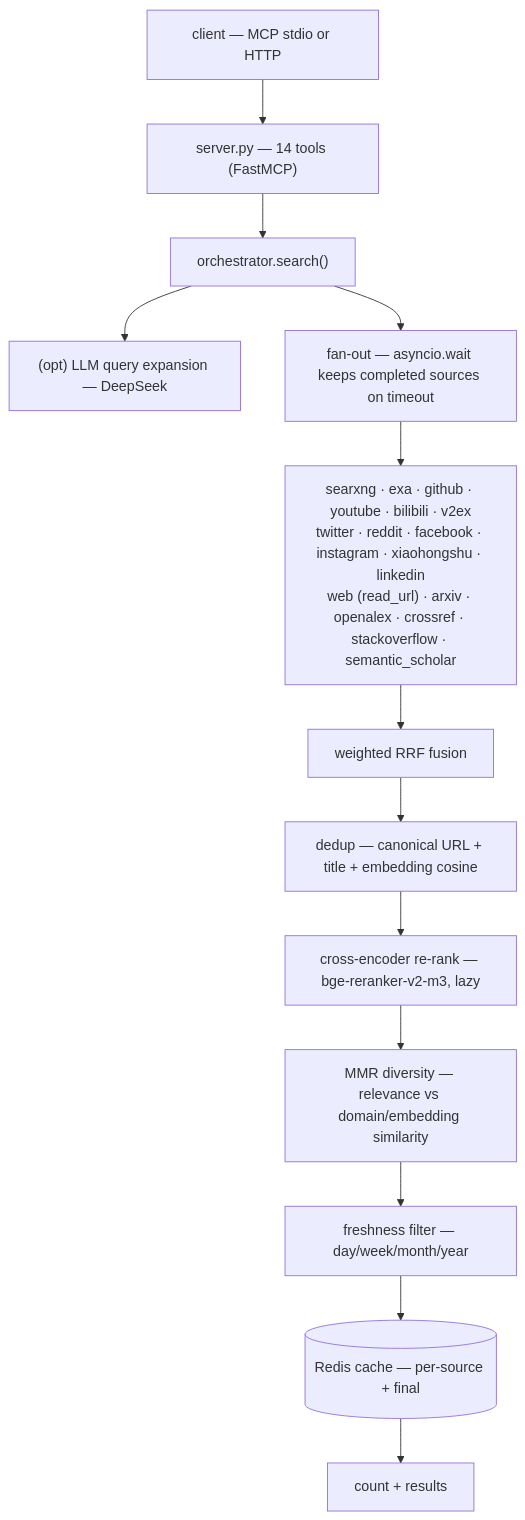
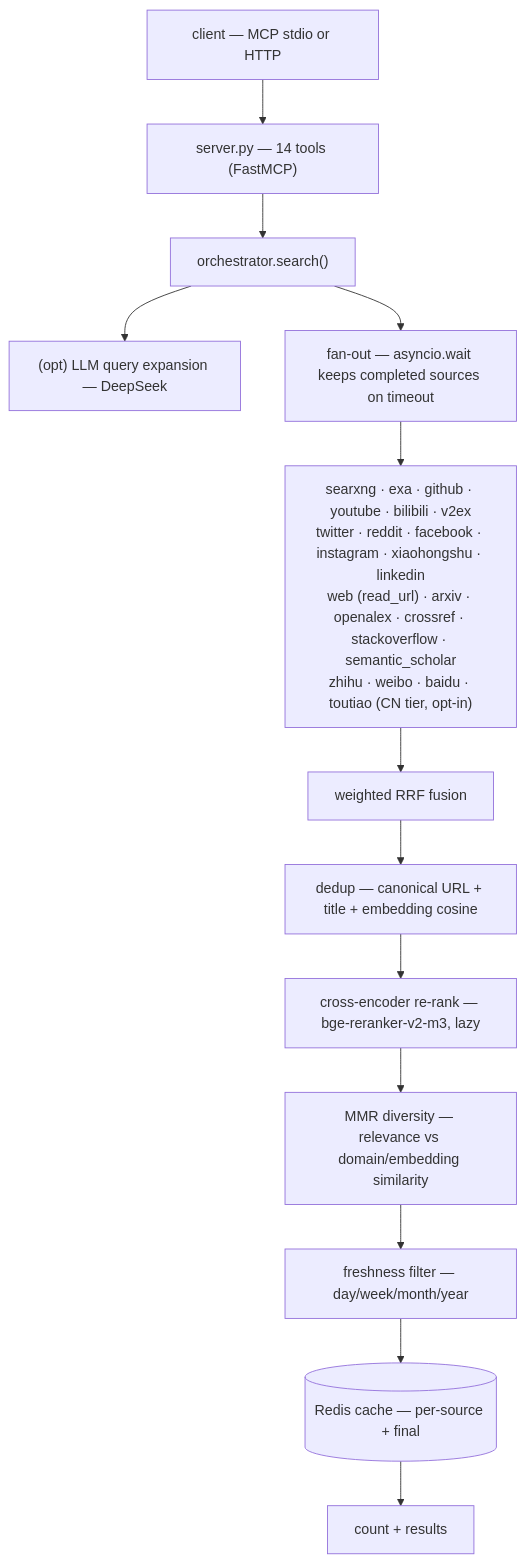
The first of 5 diagrams in docs/architecture.md (kbjama8/search-gateway), drawn with Mermaid before and after one commit. The commit also changed other lines of this file and 47 other files, not shown here.

````diff
--- a/docs/architecture.md
+++ b/docs/architecture.md
@@ -14,15 +14,15 @@
 ```mermaid
 flowchart TD
     C["client — MCP stdio or HTTP"] --> S["server.py — 14 tools (FastMCP)"]
     S --> O["orchestrator.search()"]
     O --> Q["(opt) LLM query expansion — DeepSeek"]
     O --> FA["fan-out — asyncio.wait keeps completed sources on timeout"]
-    FA --> SRC["searxng · exa · github · youtube · bilibili · v2ex<br/>twitter · reddit · facebook · instagram · xiaohongshu · linkedin<br/>web (read_url) · arxiv · openalex · crossref · stackoverflow · semantic_scholar"]
+    FA --> SRC["searxng · exa · github · youtube · bilibili · v2ex<br/>twitter · reddit · facebook · instagram · xiaohongshu · linkedin<br/>web (read_url) · arxiv · openalex · crossref · stackoverflow · semantic_scholar<br/>zhihu · weibo · baidu · toutiao (CN tier, opt-in)"]
     SRC --> F["weighted RRF fusion"]
     F --> D["dedup — canonical URL + title + embedding cosine"]
     D --> X["cross-encoder re-rank — bge-reranker-v2-m3, lazy"]
     X --> M["MMR diversity — relevance vs domain/embedding similarity"]
     M --> FR["freshness filter — day/week/month/year"]
     FR --> CA[("Redis cache — per-source + final")]
     CA --> OUT["count + results"]
 ```
````
